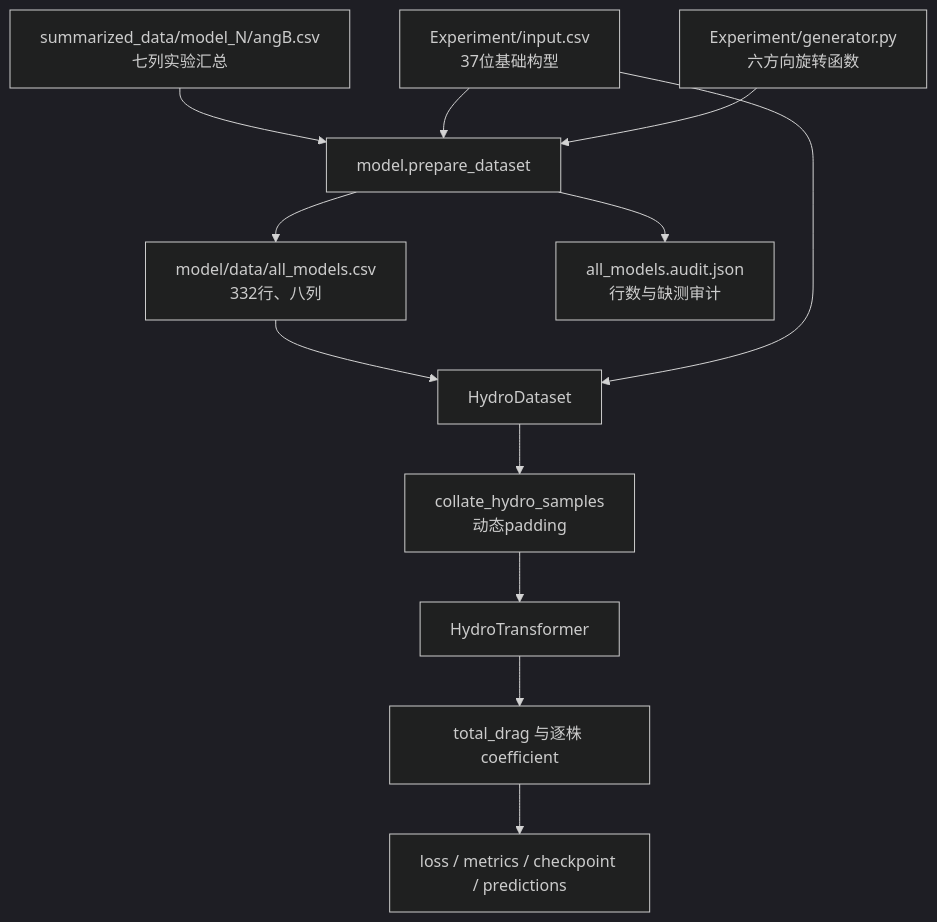
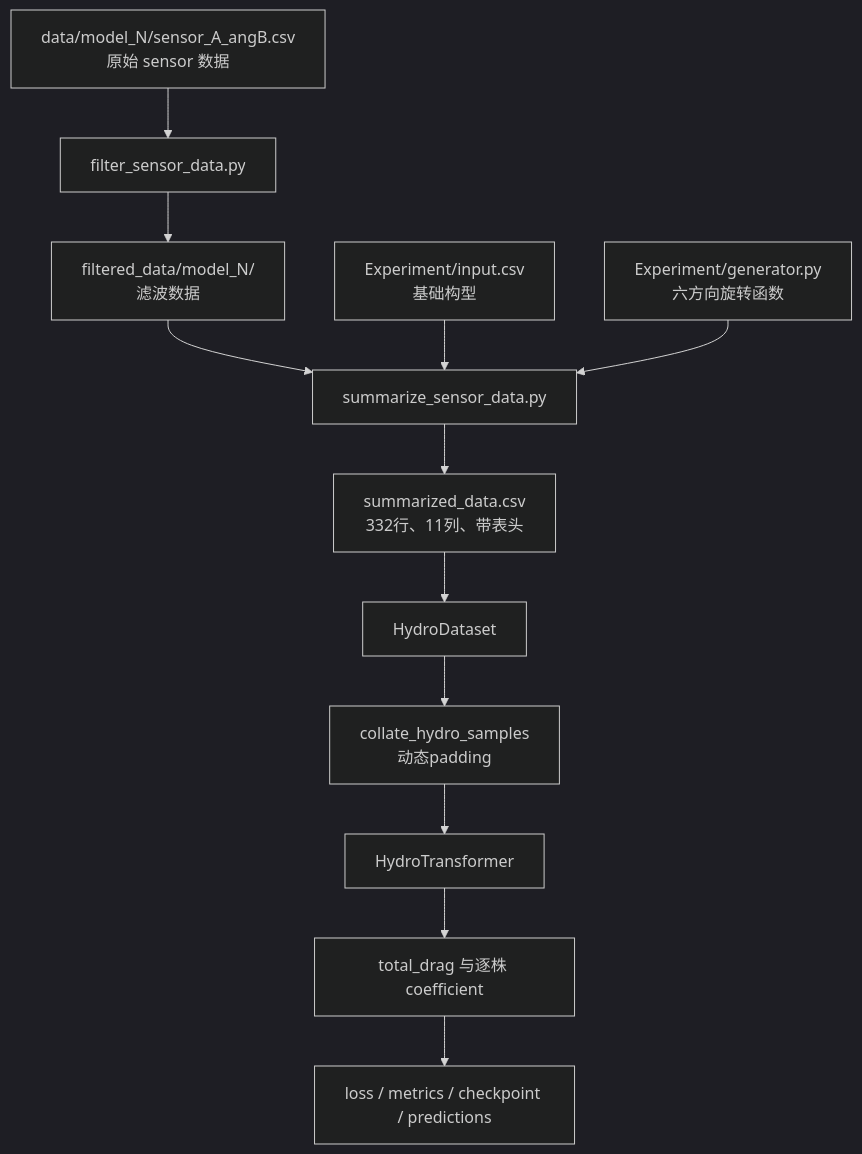
One commit to Monster222zyp/transformer-for-muti-vegetation changed the first of 2 diagrams in model/模型文件夹脚本详细说明.md. Above: the diagram before and after it, drawn with Mermaid (dark theme). The commit also changed other lines of this file and 24 other files, not shown here.

````diff
--- a/model/模型文件夹脚本详细说明.md
+++ b/model/模型文件夹脚本详细说明.md
@@ -117,14 +113,14 @@
 ```mermaid
 flowchart TD
-    A["summarized_data/model_N/angB.csv<br/>七列实验汇总"] --> B["model.prepare_dataset"]
-    C["Experiment/input.csv<br/>37位基础构型"] --> B
-    D["Experiment/generator.py<br/>六方向旋转函数"] --> B
-    B --> E["model/data/all_models.csv<br/>332行、八列"]
-    B --> F["all_models.audit.json<br/>行数与缺测审计"]
-    E --> G["HydroDataset"]
-    C --> G
-    G --> H["collate_hydro_samples<br/>动态padding"]
-    H --> I["HydroTransformer"]
-    I --> J["total_drag 与逐株 coefficient"]
-    J --> K["loss / metrics / checkpoint / predictions"]
+    A["data/model_N/sensor_A_angB.csv<br/>原始 sensor 数据"] --> B["filter_sensor_data.py"]
+    B --> C["filtered_data/model_N/<br/>滤波数据"]
+    C --> D["summarize_sensor_data.py"]
+    E["Experiment/input.csv<br/>基础构型"] --> D
+    F["Experiment/generator.py<br/>六方向旋转函数"] --> D
+    D --> G["summarized_data.csv<br/>332行、11列、带表头"]
+    G --> H["HydroDataset"]
+    H --> I["collate_hydro_samples<br/>动态padding"]
+    I --> J["HydroTransformer"]
+    J --> K["total_drag 与逐株 coefficient"]
+    K --> L["loss / metrics / checkpoint / predictions"]
 ```
````
